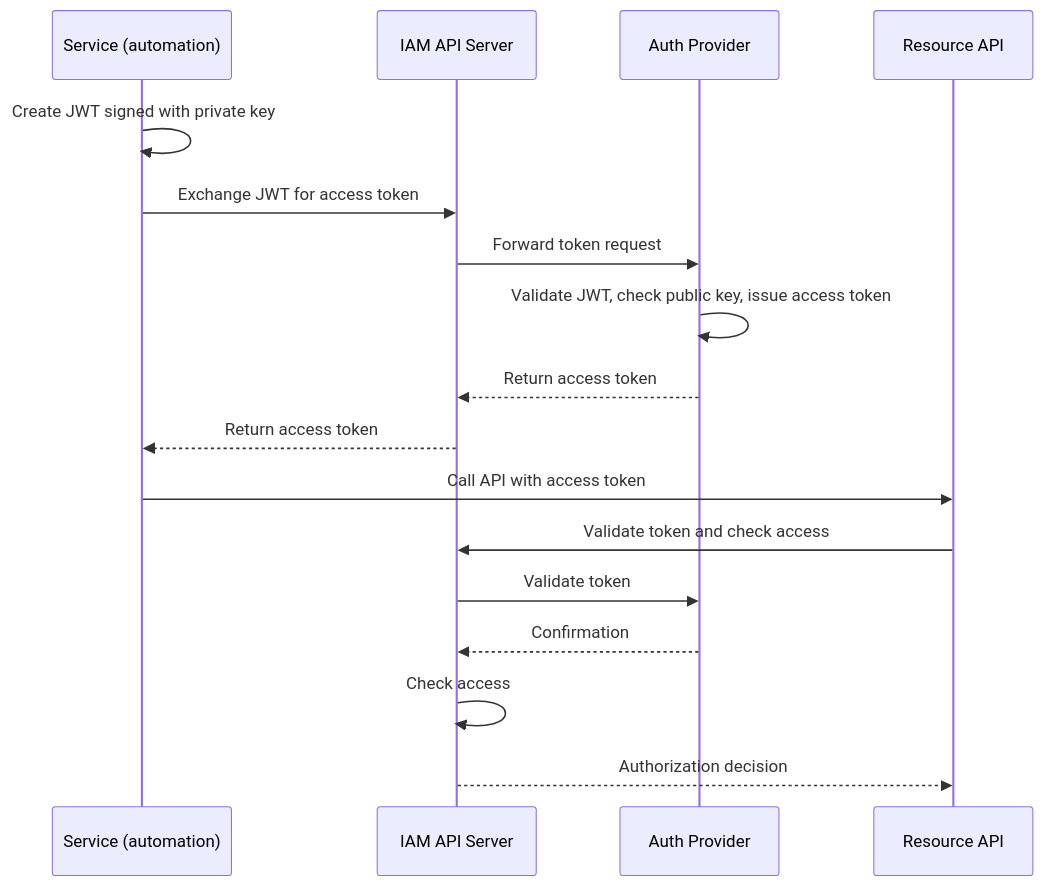
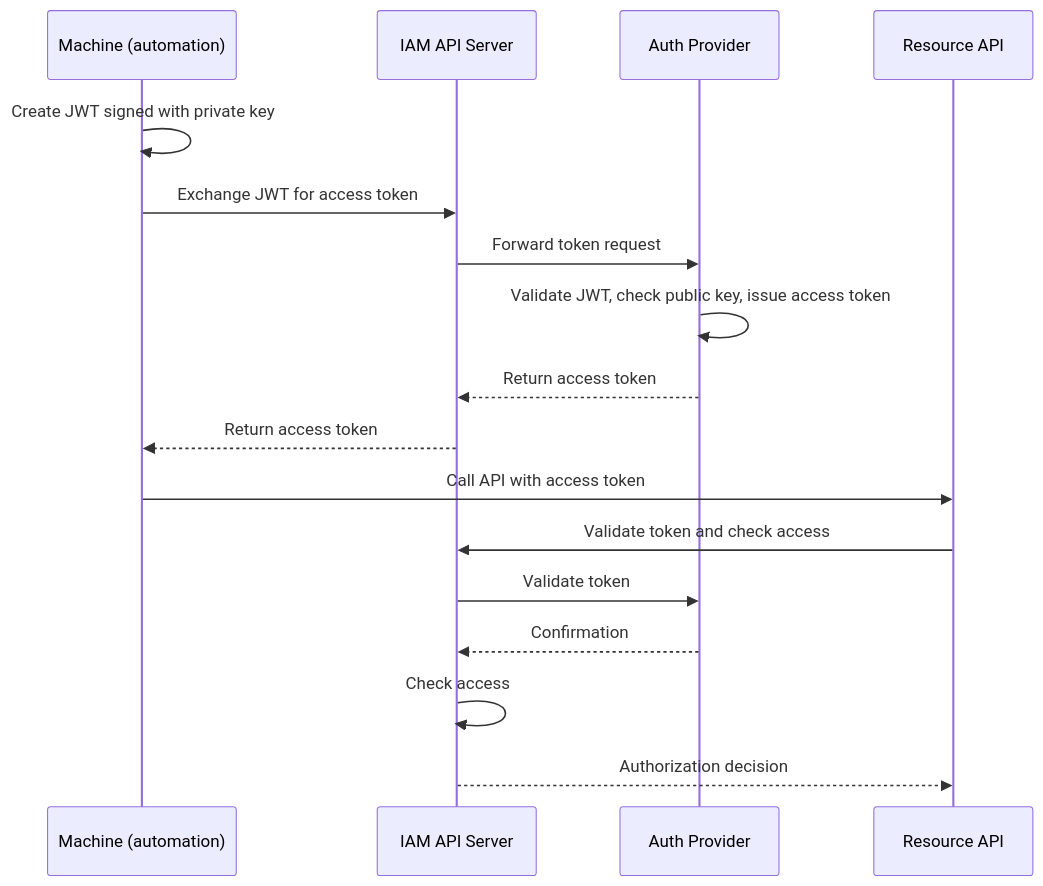
Before and after one commit to datum-cloud/enhancements: diagram 12 of 13 in enhancements/platform/identity-and-access-management/authentication/README.md, drawn with Mermaid. The commit also changed other lines of this file, not shown here.

Commit message:
docs: update README to replace 'Service Account' terminology with 'Machine Account' for consistency and clarity

````diff
--- a/enhancements/platform/identity-and-access-management/authentication/README.md
+++ b/enhancements/platform/identity-and-access-management/authentication/README.md
@@ -708,20 +708,20 @@
 ```mermaid
 sequenceDiagram
-    participant Service as Service (automation)
+    participant Machine as Machine (automation)
     participant IAM as IAM API Server
     participant AuthZ as Auth Provider
     participant Resource as Resource API
 
-    Service->>Service: Create JWT signed with private key
-    Service->>IAM: Exchange JWT for access token
+    Machine->>Machine: Create JWT signed with private key
+   Machine->>IAM: Exchange JWT for access token
     IAM->>AuthZ: Forward token request
     AuthZ->>AuthZ: Validate JWT, check public key, issue access token
     AuthZ-->>IAM: Return access token
-    IAM-->>Service: Return access token
-    Service->>Resource: Call API with access token
+    IAM-->>Machine: Return access token
+    Machine->>Resource: Call API with access token
     Resource->>IAM: Validate token and check access
     IAM->>AuthZ: Validate token
     AuthZ-->>IAM: Confirmation
     IAM->>IAM: Check access
     IAM-->>Resource: Authorization decision
 ```
````
